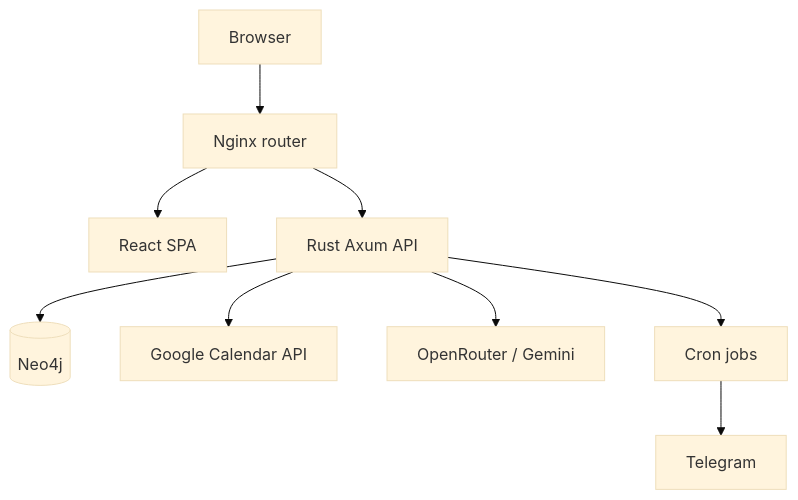
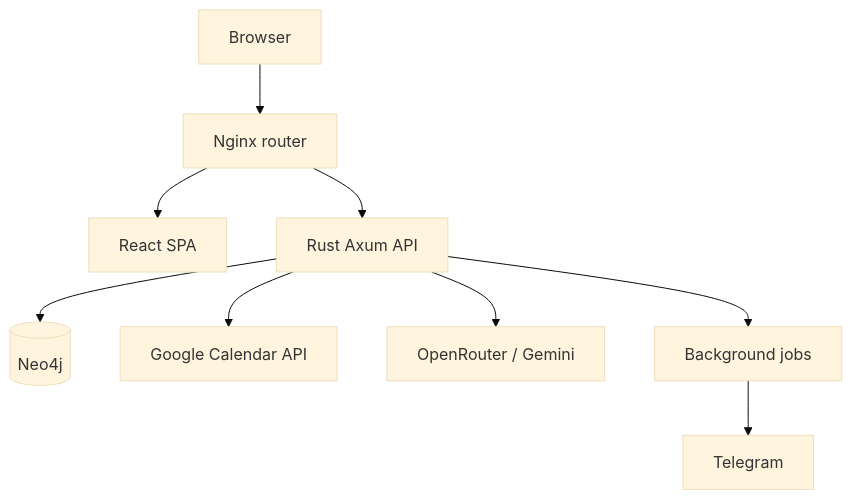
Before and after one commit to Andrew50/goals: the diagram in README.md, drawn with Mermaid (base theme). The commit also changed other lines of this file, not shown here.

First line of the commit message:
Rewrite the README as Goal Architecture Platform for recruiters.

````diff
--- a/README.md
+++ b/README.md
@@ -29,11 +31,11 @@
 ```mermaid
 graph TD
     Browser --> Nginx[Nginx router]
     Nginx --> Frontend[React SPA]
     Nginx --> Backend[Rust Axum API]
     Backend --> Neo4j[(Neo4j)]
     Backend --> GCal[Google Calendar API]
     Backend --> AI[OpenRouter / Gemini]
-    Backend --> Jobs[Cron jobs]
+    Backend --> Jobs[Background jobs]
     Jobs --> Telegram[Telegram]
 ```
````
